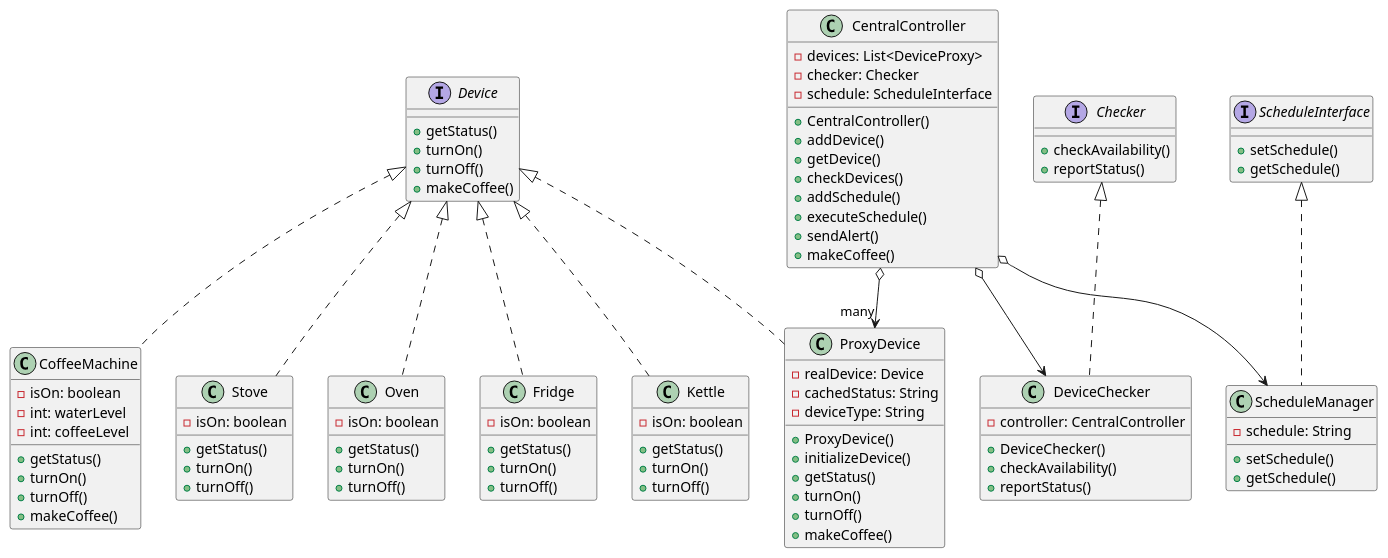
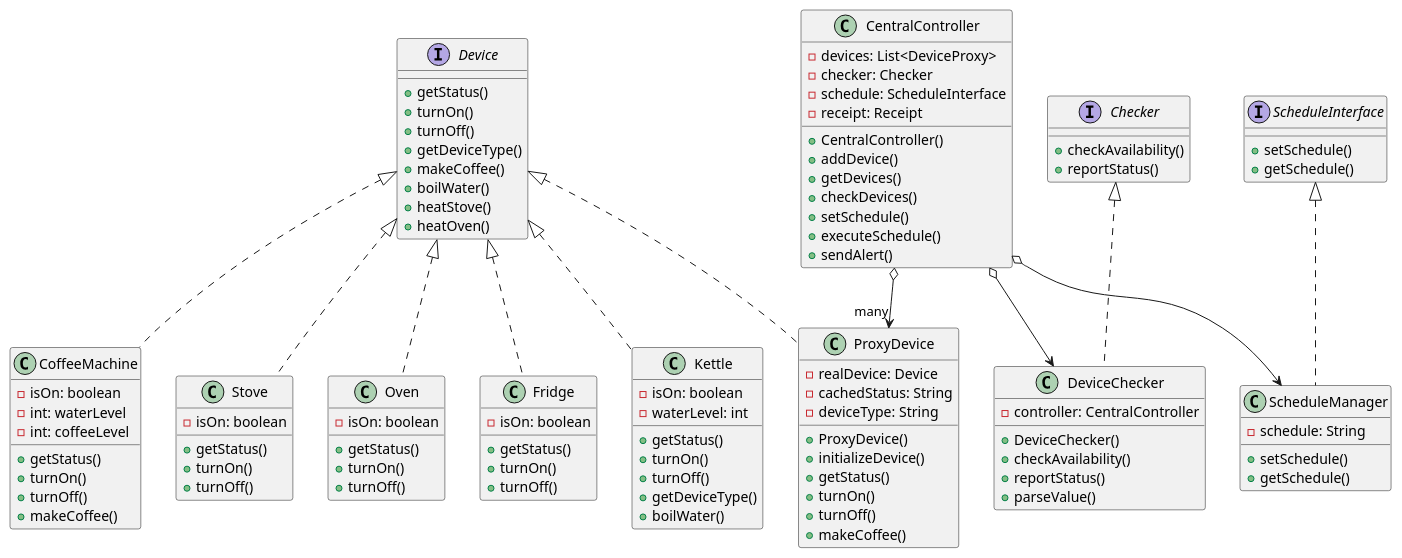
One commit to vladimir-barysh/smart_kitchen changed the diagram in diagram.puml. Above: the diagram before and after it, drawn with PlantUML. The commit also changed 4 other files, not shown here.

```diff
--- a/diagram.puml
+++ b/diagram.puml
@@ -1,107 +1,115 @@
 @startuml
 interface Device {
     +getStatus()
     +turnOn()
     +turnOff()
+    +getDeviceType()
     +makeCoffee()
+    +boilWater()
+    +heatStove()
+    +heatOven()
 }
 
 class Stove {
     -isOn: boolean
     +getStatus()
     +turnOn()
     +turnOff()
 }
 
 class Oven {
     -isOn: boolean
     +getStatus()
     +turnOn()
     +turnOff()
 }
 
 class Fridge {
     -isOn: boolean
     +getStatus()
     +turnOn()
     +turnOff()
 }
 
 class Kettle {
     -isOn: boolean
+    -waterLevel: int
     +getStatus()
     +turnOn()
     +turnOff()
+    +getDeviceType()
+    +boilWater()
 }
 
 class CoffeeMachine {
     -isOn: boolean
     -int: waterLevel
     -int: coffeeLevel
     +getStatus()
     +turnOn()
     +turnOff()
     +makeCoffee()
 }
 
 class ProxyDevice {
     -realDevice: Device
     -cachedStatus: String
     -deviceType: String
     +ProxyDevice()
     +initializeDevice()
     +getStatus()
     +turnOn()
     +turnOff()
     +makeCoffee()
 }
 
 interface Checker {
     +checkAvailability()
     +reportStatus()
 }
 
 class DeviceChecker {
     -controller: CentralController
     +DeviceChecker()
     +checkAvailability()
     +reportStatus()
+    +parseValue()
 }
 
 interface ScheduleInterface {
     +setSchedule()
     +getSchedule()
 }
 
 class ScheduleManager {
     -schedule: String
     +setSchedule()
     +getSchedule()
 }
 
 class CentralController {
     -devices: List<DeviceProxy>
     -checker: Checker
     -schedule: ScheduleInterface
+    -receipt: Receipt
     +CentralController()
     +addDevice()
-    +getDevice()
+    +getDevices()
     +checkDevices()
-    +addSchedule()
+    +setSchedule()
     +executeSchedule()
     +sendAlert()
-    +makeCoffee()
 }
 
 Device <|.. Stove
 Device <|.. Oven
 Device <|.. Fridge
 Device <|.. Kettle
 Device <|.. CoffeeMachine
 Device <|.. ProxyDevice
 Checker <|.. DeviceChecker
 ScheduleInterface <|.. ScheduleManager
 CentralController o--> "many" ProxyDevice
 CentralController o--> DeviceChecker
 CentralController o--> ScheduleManager
 @enduml
```
